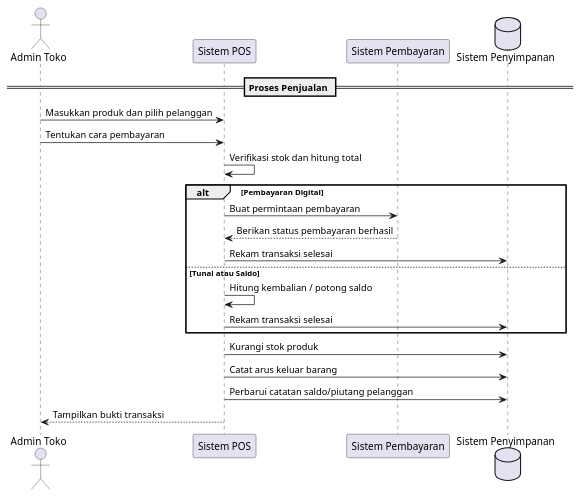
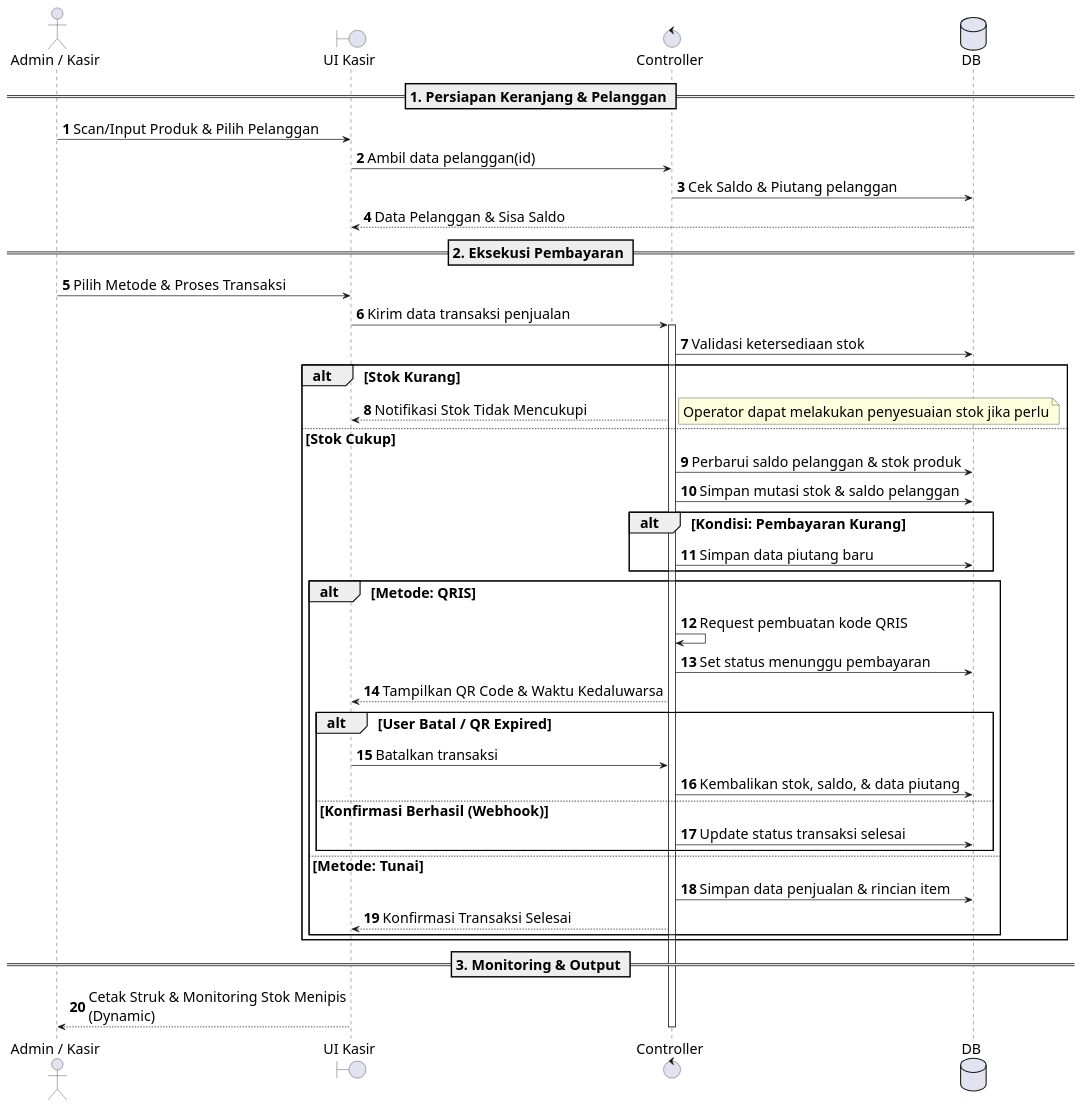
Before and after one commit to Aditiarzky/pos-app: the diagram in docs/uml-sequence-sales.puml, drawn with PlantUML. The commit also changed 75 other files, not shown here.

```diff
--- a/docs/uml-sequence-sales.puml
+++ b/docs/uml-sequence-sales.puml
@@ -1,25 +1,58 @@
 @startuml
-actor "Admin Toko" as Admin
-participant "Sistem POS" as App
-participant "Sistem Pembayaran" as Pay
-database "Sistem Penyimpanan" as DB
+autonumber
 
-== Proses Penjualan ==
-Admin -> App: Masukkan produk dan pilih pelanggan
-Admin -> App: Tentukan cara pembayaran
-App -> App: Verifikasi stok dan hitung total
+skinparam BoxPadding 10
+skinparam ParticipantPadding 10
+skinparam defaultFontSize 20
+skinparam maxMessageSize 400
 
-alt Pembayaran Digital
-  App -> Pay: Buat permintaan pembayaran
-  Pay --> App: Berikan status pembayaran berhasil
-  App -> DB: Rekam transaksi selesai
-else Tunai atau Saldo
-  App -> App: Hitung kembalian / potong saldo
-  App -> DB: Rekam transaksi selesai
+actor "Admin / Kasir" as Admin
+boundary "UI Kasir" as UI
+control "Controller" as Controller
+database "DB" as DB
+
+== 1. Persiapan Keranjang & Pelanggan ==
+Admin -> UI : Scan/Input Produk & Pilih Pelanggan
+UI -> Controller : Ambil data pelanggan(id)
+Controller -> DB : Cek Saldo & Piutang pelanggan
+DB --> UI : Data Pelanggan & Sisa Saldo
+
+== 2. Eksekusi Pembayaran ==
+Admin -> UI : Pilih Metode & Proses Transaksi
+UI -> Controller : Kirim data transaksi penjualan
+
+activate Controller
+Controller -> DB : Validasi ketersediaan stok
+alt Stok Kurang
+    Controller --> UI : Notifikasi Stok Tidak Mencukupi
+    note right: Operator dapat melakukan penyesuaian stok jika perlu
+else Stok Cukup
+    Controller -> DB : Perbarui saldo pelanggan & stok produk
+    Controller -> DB : Simpan mutasi stok & saldo pelanggan
+    
+    alt Kondisi: Pembayaran Kurang
+        Controller -> DB : Simpan data piutang baru
+    end
+
+    alt Metode: QRIS
+        Controller -> Controller : Request pembuatan kode QRIS
+        Controller -> DB : Set status menunggu pembayaran
+        Controller --> UI : Tampilkan QR Code & Waktu Kedaluwarsa
+        
+        alt User Batal / QR Expired
+            UI -> Controller : Batalkan transaksi
+            Controller -> DB : Kembalikan stok, saldo, & data piutang
+        else Konfirmasi Berhasil (Webhook)
+            Controller -> DB : Update status transaksi selesai
+        end
+    else Metode: Tunai
+        Controller -> DB : Simpan data penjualan & rincian item
+        Controller --> UI : Konfirmasi Transaksi Selesai
+    end
 end
 
-App -> DB: Kurangi stok produk
-App -> DB: Catat arus keluar barang
-App -> DB: Perbarui catatan saldo/piutang pelanggan
-App --> Admin: Tampilkan bukti transaksi
+== 3. Monitoring & Output ==
+UI --> Admin : Cetak Struk & Monitoring Stok Menipis (Dynamic)
+deactivate Controller
+
 @enduml
```
